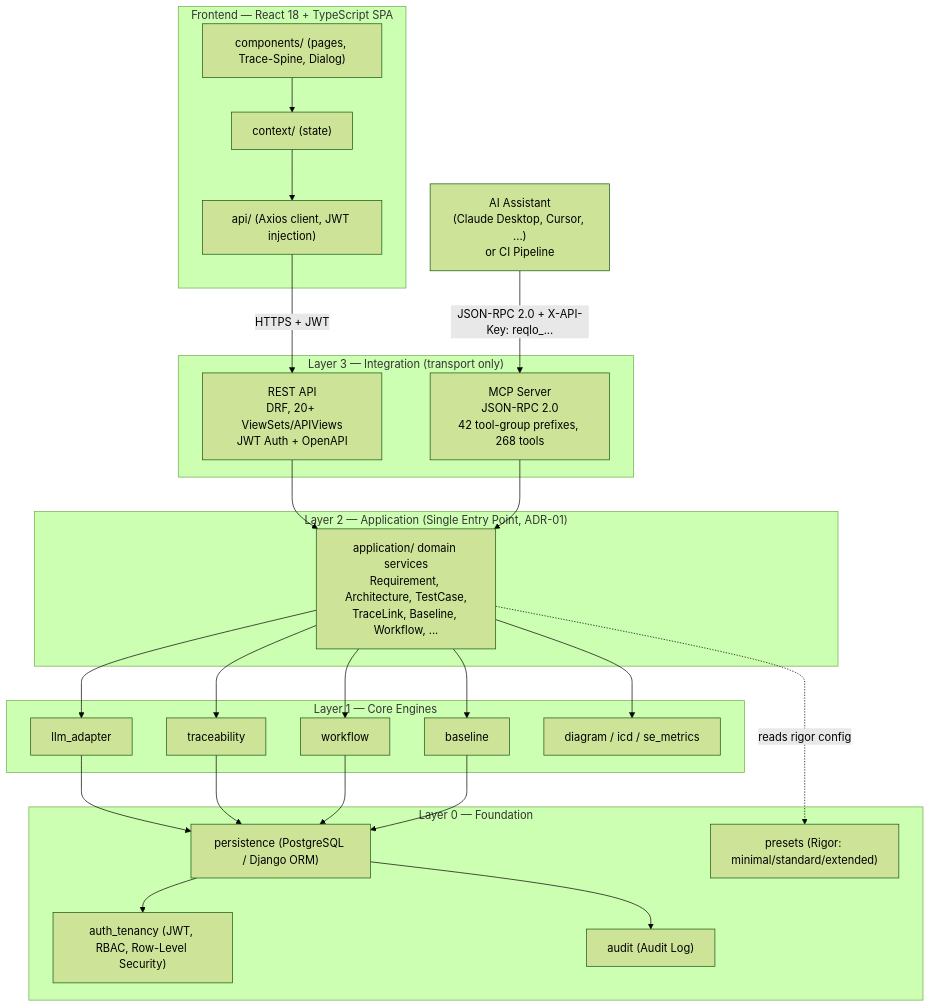
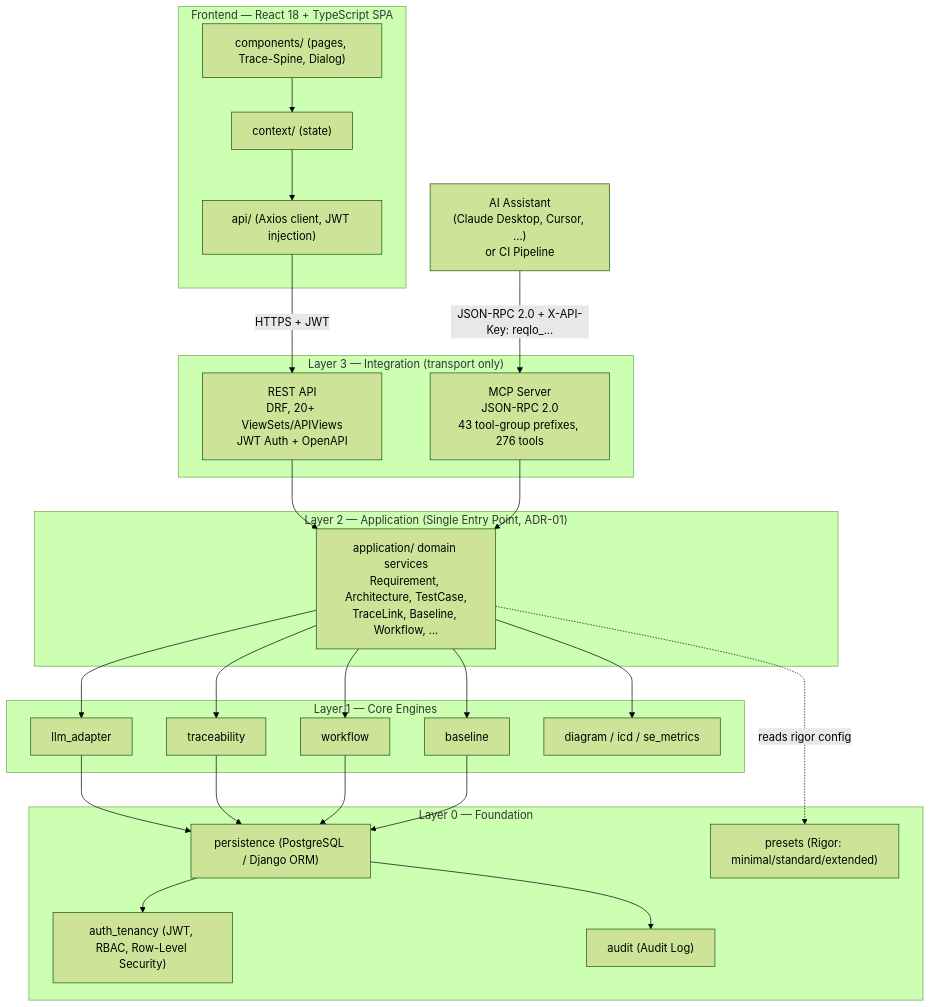
One commit to Popoboxxo/ReqogniLoom changed the first of 3 diagrams in README.md. Above: the diagram before and after it, drawn with Mermaid (forest theme). The commit also changed other lines of this file and 14 other files, not shown here.

Commit message:
#agent-meta:agent=developer feat(mcp): add work item tool group

````diff
--- a/README.md
+++ b/README.md
@@ -101,53 +101,53 @@
 ```mermaid
 graph TD
     subgraph FE["Frontend — React 18 + TypeScript SPA"]
         UI["components/ (pages, Trace-Spine, Dialog)"]
         CTX["context/ (state)"]
         APICLIENT["api/ (Axios client, JWT injection)"]
         UI --> CTX --> APICLIENT
     end
 
     EXT["AI Assistant<br/>(Claude Desktop, Cursor, ...)<br/>or CI Pipeline"]
 
     subgraph L3["Layer 3 — Integration (transport only)"]
         REST["REST API<br/>DRF, 20+ ViewSets/APIViews<br/>JWT Auth + OpenAPI"]
-        MCP["MCP Server<br/>JSON-RPC 2.0<br/>42 tool-group prefixes, 268 tools"]
+        MCP["MCP Server<br/>JSON-RPC 2.0<br/>43 tool-group prefixes, 276 tools"]
     end
 
     subgraph L2["Layer 2 — Application (Single Entry Point, ADR-01)"]
         APP["application/ domain services<br/>Requirement, Architecture, TestCase,<br/>TraceLink, Baseline, Workflow, ..."]
     end
 
     subgraph L1["Layer 1 — Core Engines"]
         LLM["llm_adapter"]
         TRACE["traceability"]
         WF["workflow"]
         BASE["baseline"]
         DIAG["diagram / icd / se_metrics"]
     end
 
     subgraph L0["Layer 0 — Foundation"]
         PERSIST["persistence (PostgreSQL / Django ORM)"]
         AUTH["auth_tenancy (JWT, RBAC, Row-Level Security)"]
         PRESET["presets (Rigor: minimal/standard/extended)"]
         AUDIT["audit (Audit Log)"]
     end
 
     APICLIENT -->|"HTTPS + JWT"| REST
     EXT -->|"JSON-RPC 2.0 + X-API-Key: reqlo_..."| MCP
 
     REST --> APP
     MCP --> APP
     APP --> LLM
     APP --> TRACE
     APP --> WF
     APP --> BASE
     APP --> DIAG
     APP -.->|"reads rigor config"| PRESET
     LLM --> PERSIST
     TRACE --> PERSIST
     WF --> PERSIST
     BASE --> PERSIST
     PERSIST --> AUTH
     PERSIST --> AUDIT
 ```
````
